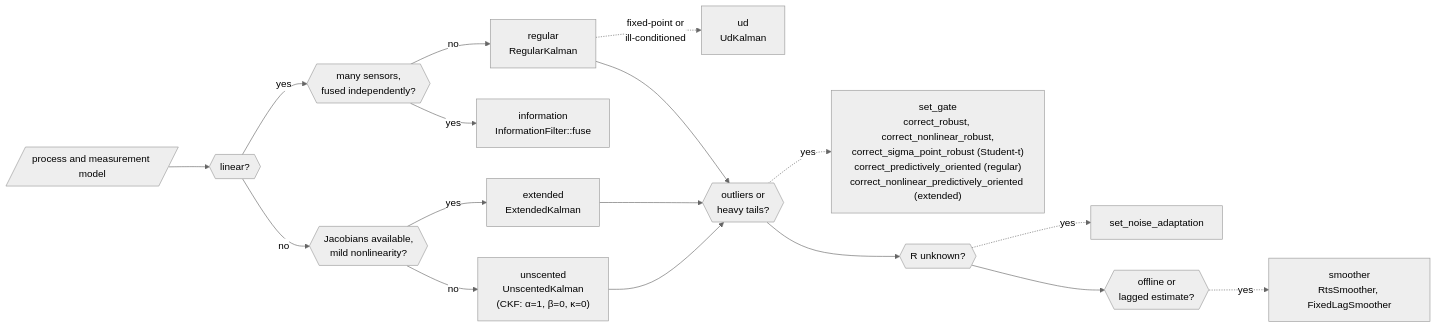
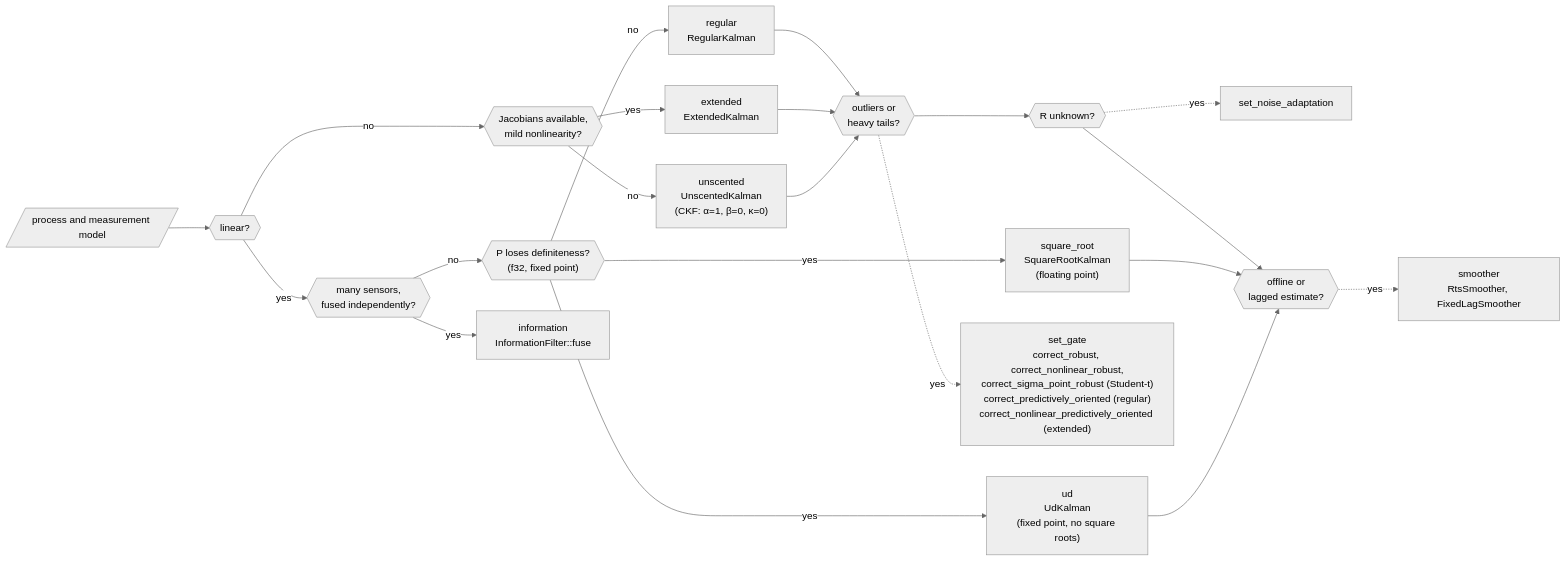
The diagram in crates/minikalman/docs/diagrams/choose-filter.mmd (sunsided/minikalman-rs), drawn with Mermaid (neutral theme) before and after one commit. The commit also changed 11 other files, not shown here.

First line of the commit message:
Add a square-root covariance filter (QR predict, Potter update) (#133)

```diff
--- a/crates/minikalman/docs/diagrams/choose-filter.mmd
+++ b/crates/minikalman/docs/diagrams/choose-filter.mmd
@@ -1,34 +1,39 @@
 flowchart LR
     %% Which filter fits a problem. Style: see docs/diagrams/README.md.
     %% The root README.md holds an inline copy of this diagram; keep the two in sync.
     %% Checks are hexagons; answers are rectangles naming the module and the type or method.
     model[/"process and measurement model"/]
     linear{{"linear?"}}
     fusion{{"many sensors,<br/>fused independently?"}}
     jacobians{{"Jacobians available,<br/>mild nonlinearity?"}}
+    definite{{"P loses definiteness?<br/>(f32, fixed point)"}}
     regular["regular<br/>RegularKalman"]
+    square_root["square_root<br/>SquareRootKalman<br/>(floating point)"]
     information["information<br/>InformationFilter::fuse"]
-    ud["ud<br/>UdKalman"]
+    ud["ud<br/>UdKalman<br/>(fixed point, no square roots)"]
     extended["extended<br/>ExtendedKalman"]
     unscented["unscented<br/>UnscentedKalman<br/>(CKF: α=1, β=0, κ=0)"]
     outliers{{"outliers or<br/>heavy tails?"}}
     gate["set_gate<br/>correct_robust, correct_nonlinear_robust,<br/>correct_sigma_point_robust (Student-t)<br/>correct_predictively_oriented (regular)<br/>correct_nonlinear_predictively_oriented (extended)"]
     noise{{"R unknown?"}}
     adapt["set_noise_adaptation"]
     offline{{"offline or<br/>lagged estimate?"}}
     smoother["smoother<br/>RtsSmoother, FixedLagSmoother"]
     model --> linear
     linear -- yes --> fusion
-    fusion -- no --> regular
+    fusion -- no --> definite
+    definite -- no --> regular
+    definite -- yes --> square_root
+    definite -- yes --> ud
     fusion -- yes --> information
-    regular -. "fixed-point or<br/>ill-conditioned" .-> ud
     linear -- no --> jacobians
     jacobians -- yes --> extended
     jacobians -- no --> unscented
     regular & extended & unscented --> outliers
     outliers -. yes .-> gate
     outliers --> noise
     noise -. yes .-> adapt
     noise --> offline
+    square_root & ud --> offline
     offline -. yes .-> smoother
     classDef focus fill:#fbbf24,stroke:#b45309,stroke-width:3px,color:#1c1917
```
